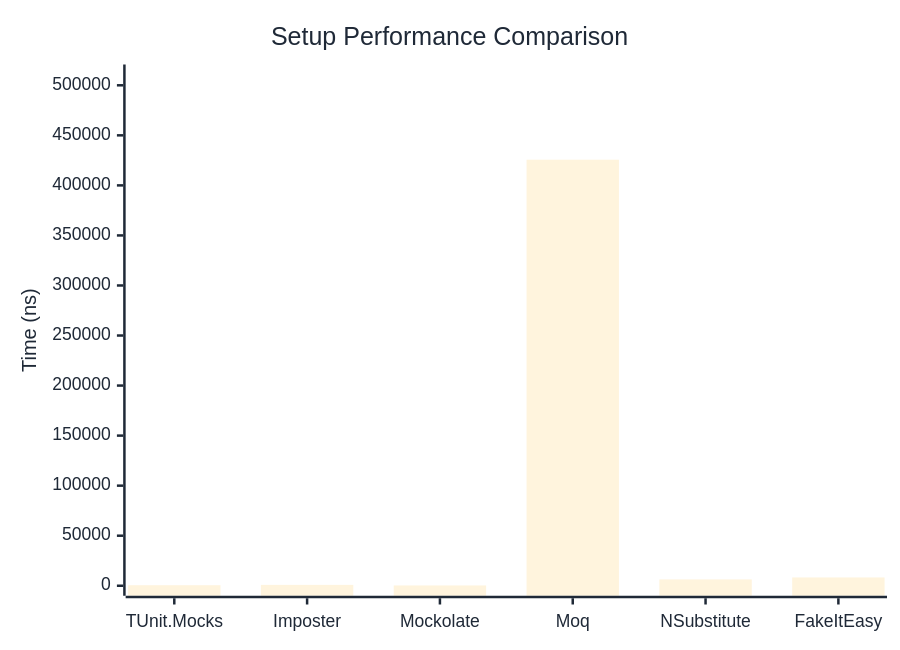
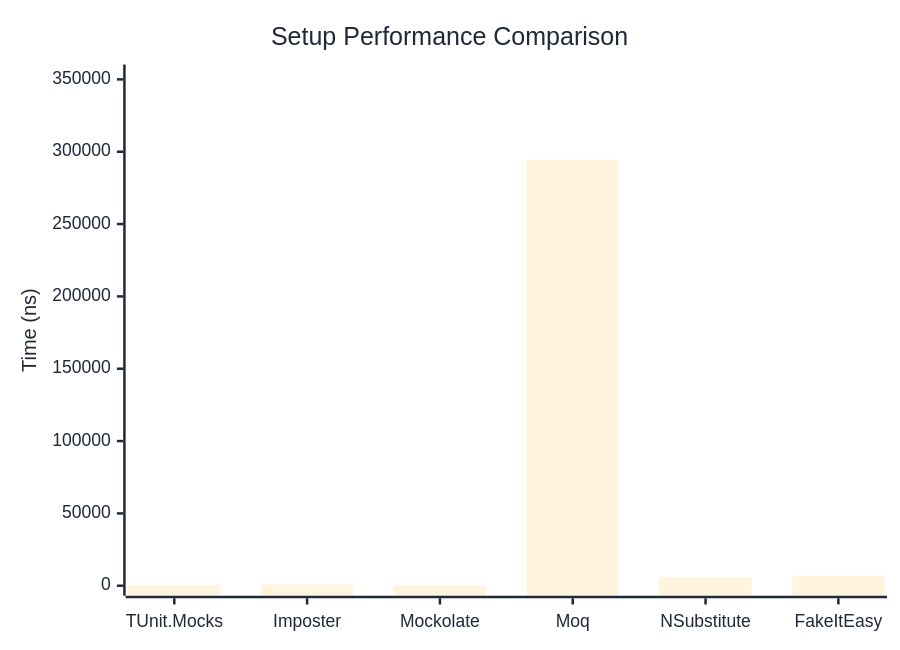
Before and after one commit to thomhurst/TUnit: the first of 2 diagrams in docs/docs/benchmarks/mocks/Setup.md, drawn with Mermaid. The commit also changed other lines of this file and 14 other files, not shown here.

````diff
--- a/docs/docs/benchmarks/mocks/Setup.md
+++ b/docs/docs/benchmarks/mocks/Setup.md
@@ -30,27 +30,27 @@
 ```mermaid
 %%{init: {
   'theme':'base',
   'themeVariables': {
     'primaryColor': '#2563eb',
     'primaryTextColor': '#1f2937',
     'primaryBorderColor': '#1e40af',
     'lineColor': '#6b7280',
     'secondaryColor': '#7c3aed',
     'tertiaryColor': '#dc2626',
     'background': '#ffffff',
     'pie1': '#2563eb',
     'pie2': '#7c3aed',
     'pie3': '#dc2626',
     'pie4': '#f59e0b',
     'pie5': '#10b981',
     'pie6': '#06b6d4',
     'pie7': '#ec4899',
     'pie8': '#6366f1'
   }
 }}%%
 xychart-beta
   title "Setup Performance Comparison"
   x-axis ["TUnit.Mocks", "Imposter", "Mockolate", "Moq", "NSubstitute", "FakeItEasy"]
-  y-axis "Time (ns)" 0 --> 510786
-  bar [538, 877.2, 316.5, 425654.3, 6329.6, 8285.4]
+  y-axis "Time (ns)" 0 --> 353378
+  bar [551.8, 788.5, 327.3, 294481.6, 5794.7, 6917.3]
 ```
````
